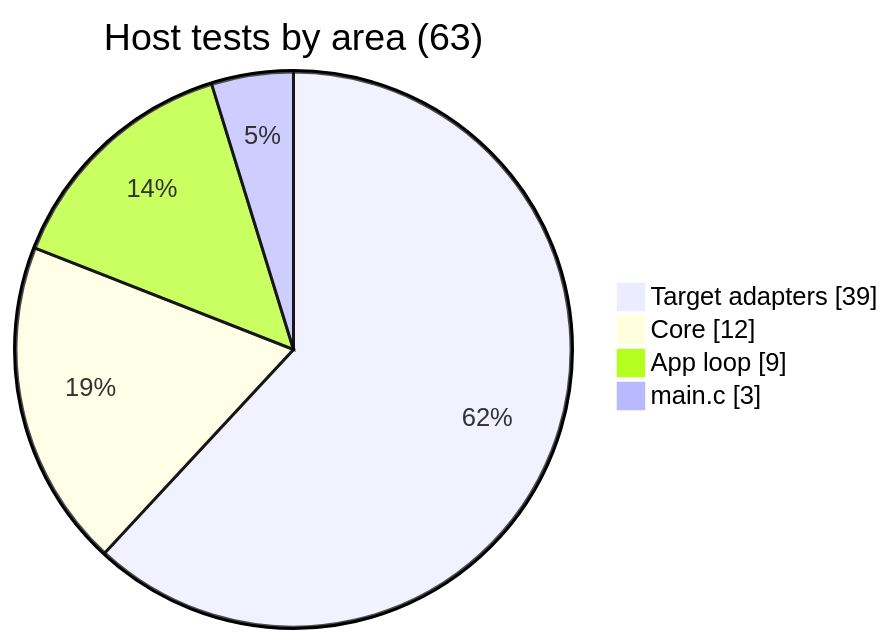
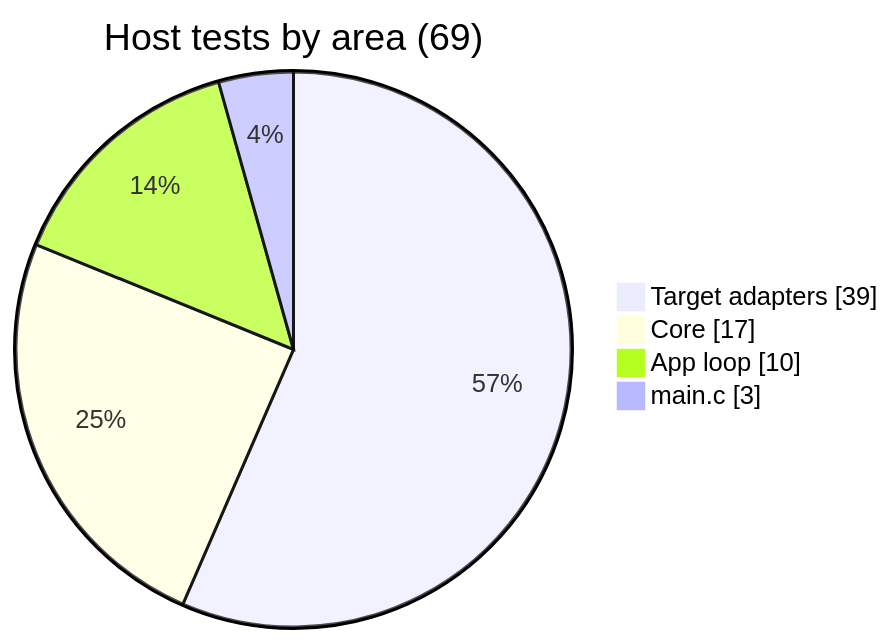
One commit to BonelessPig/nano_sequencer changed diagram 15 of 18 in docs/ARCHITECTURE.md. Above: the diagram before and after it, drawn with Mermaid. The commit also changed other lines of this file and 8 other files, not shown here.

````diff
--- a/docs/ARCHITECTURE.md
+++ b/docs/ARCHITECTURE.md
@@ -405,8 +426,8 @@
 ```mermaid
 pie showData
-    title Host tests by area (63)
+    title Host tests by area (69)
     "Target adapters" : 39
-    "Core" : 12
-    "App loop" : 9
+    "Core" : 17
+    "App loop" : 10
     "main.c" : 3
 ```
````
